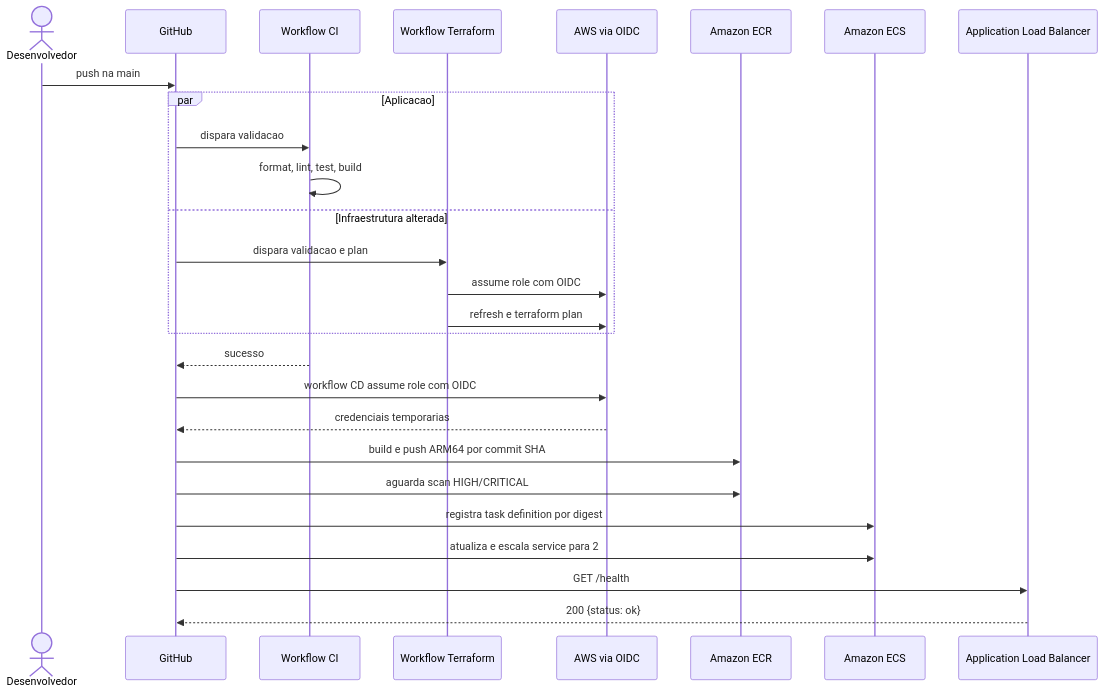
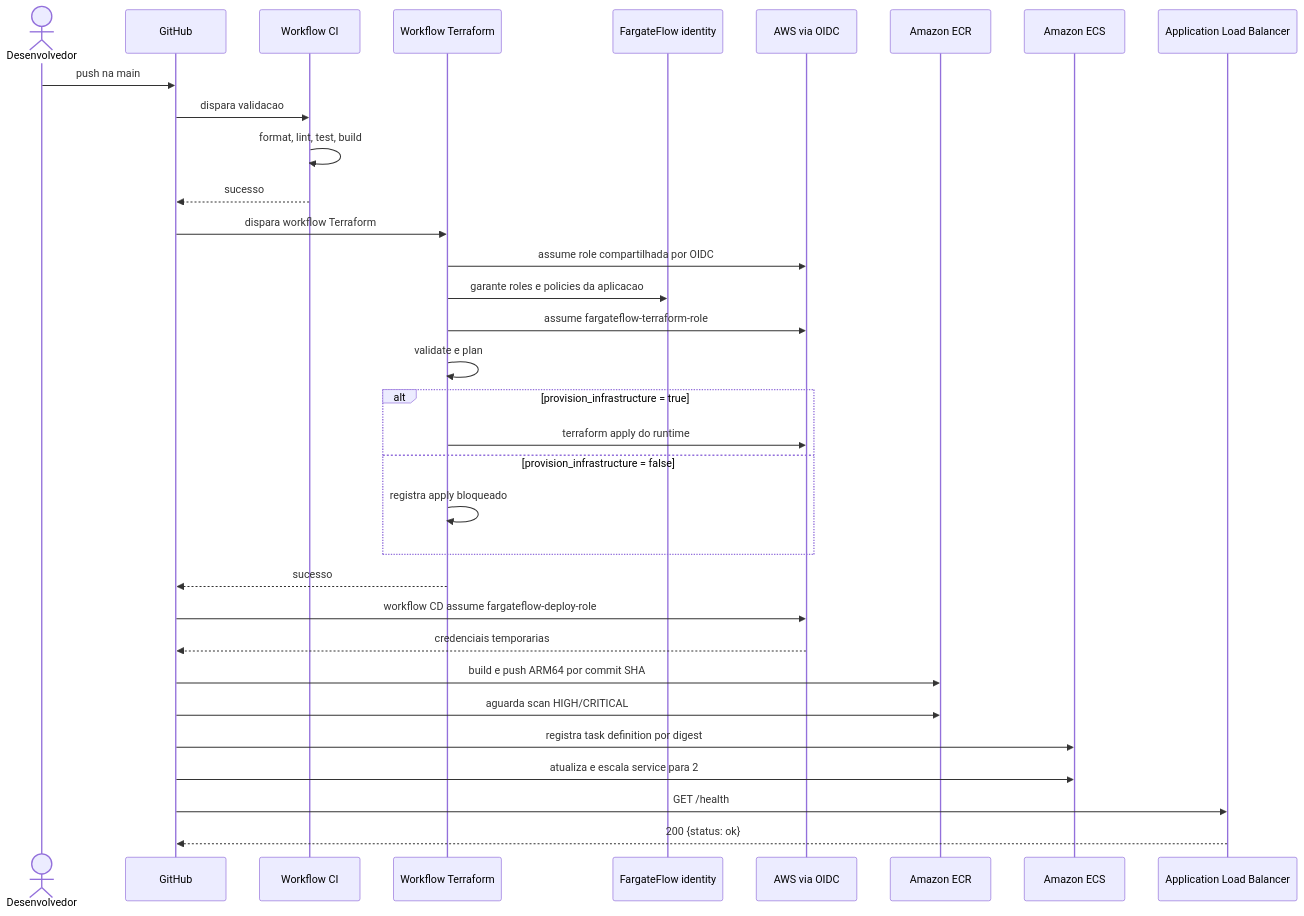
Before and after one commit to kaiotcp1/ECS: the diagram in docs/ci-cd.md, drawn with Mermaid. The commit also changed other lines of this file and 4 other files, not shown here.

````diff
--- a/docs/ci-cd.md
+++ b/docs/ci-cd.md
@@ -9,30 +9,36 @@
 ```mermaid
 sequenceDiagram
   actor Dev as Desenvolvedor
   participant GH as GitHub
   participant CI as Workflow CI
   participant TF as Workflow Terraform
+  participant Identity as FargateFlow identity
   participant AWS as AWS via OIDC
   participant ECR as Amazon ECR
   participant ECS as Amazon ECS
   participant ALB as Application Load Balancer
 
   Dev->>GH: push na main
-  par Aplicacao
-    GH->>CI: dispara validacao
-    CI->>CI: format, lint, test, build
-  and Infraestrutura alterada
-    GH->>TF: dispara validacao e plan
-    TF->>AWS: assume role com OIDC
-    TF->>AWS: refresh e terraform plan
+  GH->>CI: dispara validacao
+  CI->>CI: format, lint, test, build
+  CI-->>GH: sucesso
+  GH->>TF: dispara workflow Terraform
+  TF->>AWS: assume role compartilhada por OIDC
+  TF->>Identity: garante roles e policies da aplicacao
+  TF->>AWS: assume fargateflow-terraform-role
+  TF->>TF: validate e plan
+  alt provision_infrastructure = true
+    TF->>AWS: terraform apply do runtime
+  else provision_infrastructure = false
+    TF->>TF: registra apply bloqueado
   end
-  CI-->>GH: sucesso
-  GH->>AWS: workflow CD assume role com OIDC
+  TF-->>GH: sucesso
+  GH->>AWS: workflow CD assume fargateflow-deploy-role
   AWS-->>GH: credenciais temporarias
   GH->>ECR: build e push ARM64 por commit SHA
   GH->>ECR: aguarda scan HIGH/CRITICAL
   GH->>ECS: registra task definition por digest
   GH->>ECS: atualiza e escala service para 2
   GH->>ALB: GET /health
   ALB-->>GH: 200 {status: ok}
 ```
````
